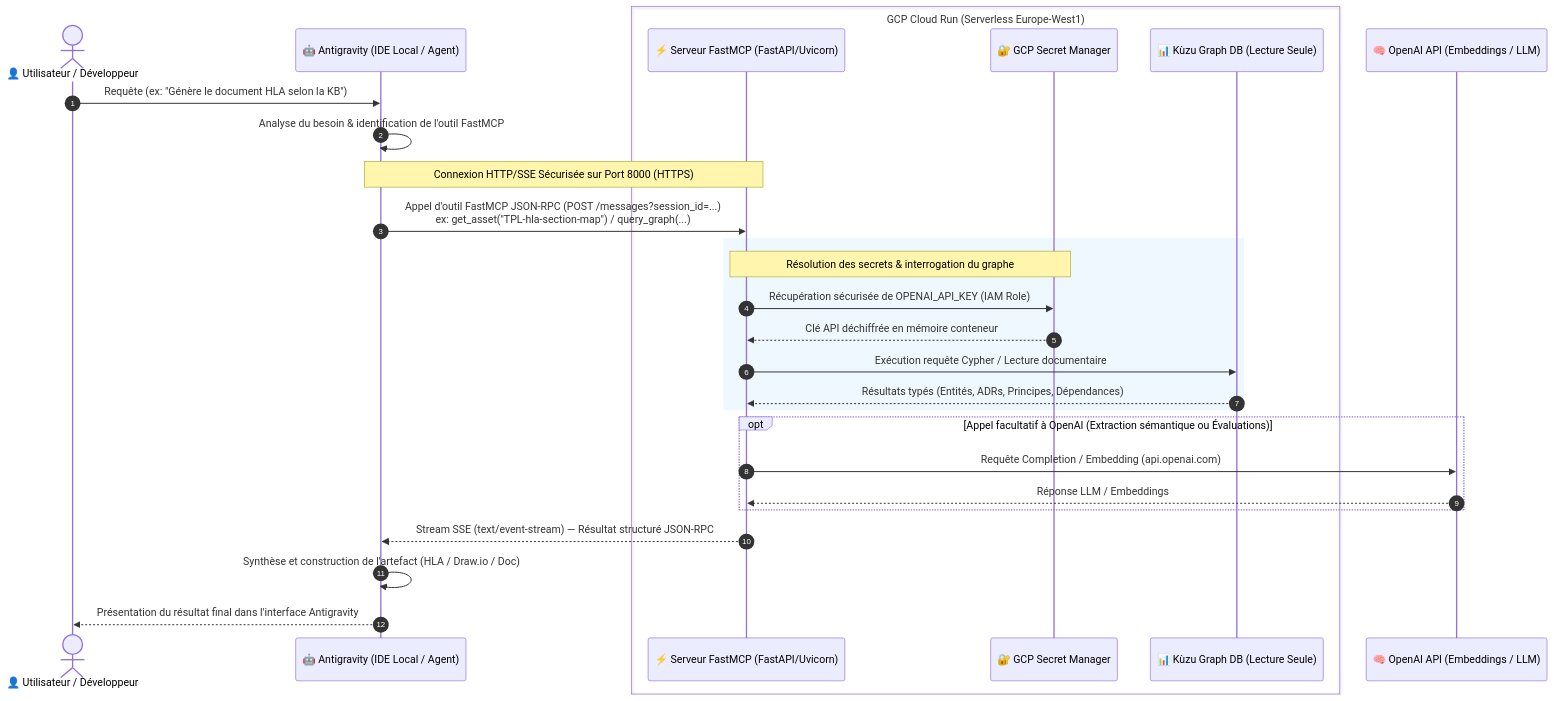
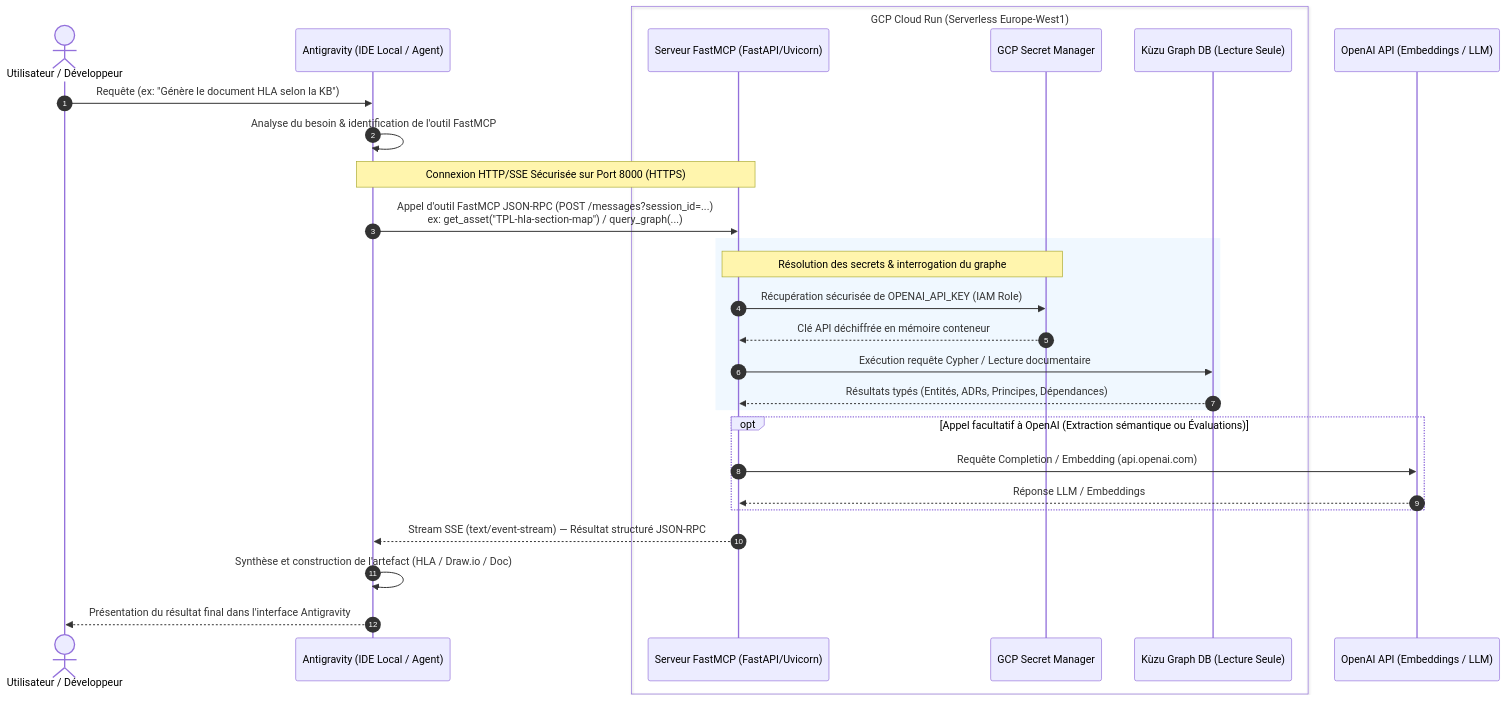
The fourth of 4 diagrams in docs/architecture.md (MauriceIsrael/LLMOps), drawn with Mermaid before and after one commit. The commit also changed other lines of this file and 66 other files, not shown here.

````diff
--- a/docs/architecture.md
+++ b/docs/architecture.md
@@ -138,35 +264,35 @@
 ```mermaid
 sequenceDiagram
     autonumber
-    actor User as 👤 Utilisateur / Développeur
-    participant AG as 🤖 Antigravity (IDE Local / Agent)
+    actor User as Utilisateur / Développeur
+    participant AG as Antigravity (IDE Local / Agent)
     box GCP Cloud Run (Serverless Europe-West1)
-        participant MCP as ⚡ Serveur FastMCP (FastAPI/Uvicorn)
-        participant SM as 🔐 GCP Secret Manager
-        participant KUZU as 📊 Kùzu Graph DB (Lecture Seule)
+        participant MCP as Serveur FastMCP (FastAPI/Uvicorn)
+        participant SM as GCP Secret Manager
+        participant KUZU as Kùzu Graph DB (Lecture Seule)
     end
-    participant OAI as 🧠 OpenAI API (Embeddings / LLM)
+    participant OAI as OpenAI API (Embeddings / LLM)
 
     User->>AG: Requête (ex: "Génère le document HLA selon la KB")
     AG->>AG: Analyse du besoin & identification de l'outil FastMCP
     
     note over AG,MCP: Connexion HTTP/SSE Sécurisée sur Port 8000 (HTTPS)
     AG->>MCP: Appel d'outil FastMCP JSON-RPC (POST /messages?session_id=...)<br/>ex: get_asset("TPL-hla-section-map") / query_graph(...)
     
     rect rgb(240, 248, 255)
         note over MCP,SM: Résolution des secrets & interrogation du graphe
         MCP->>SM: Récupération sécurisée de OPENAI_API_KEY (IAM Role)
         SM-->>MCP: Clé API déchiffrée en mémoire conteneur
         MCP->>KUZU: Exécution requête Cypher / Lecture documentaire
         KUZU-->>MCP: Résultats typés (Entités, ADRs, Principes, Dépendances)
     end
 
     opt Appel facultatif à OpenAI (Extraction sémantique ou Évaluations)
         MCP->>OAI: Requête Completion / Embedding (api.openai.com)
         OAI-->>MCP: Réponse LLM / Embeddings
     end
 
     MCP-->>AG: Stream SSE (text/event-stream) — Résultat structuré JSON-RPC
     AG->>AG: Synthèse et construction de l'artefact (HLA / Draw.io / Doc)
     AG-->>User: Présentation du résultat final dans l'interface Antigravity
 ```
````
